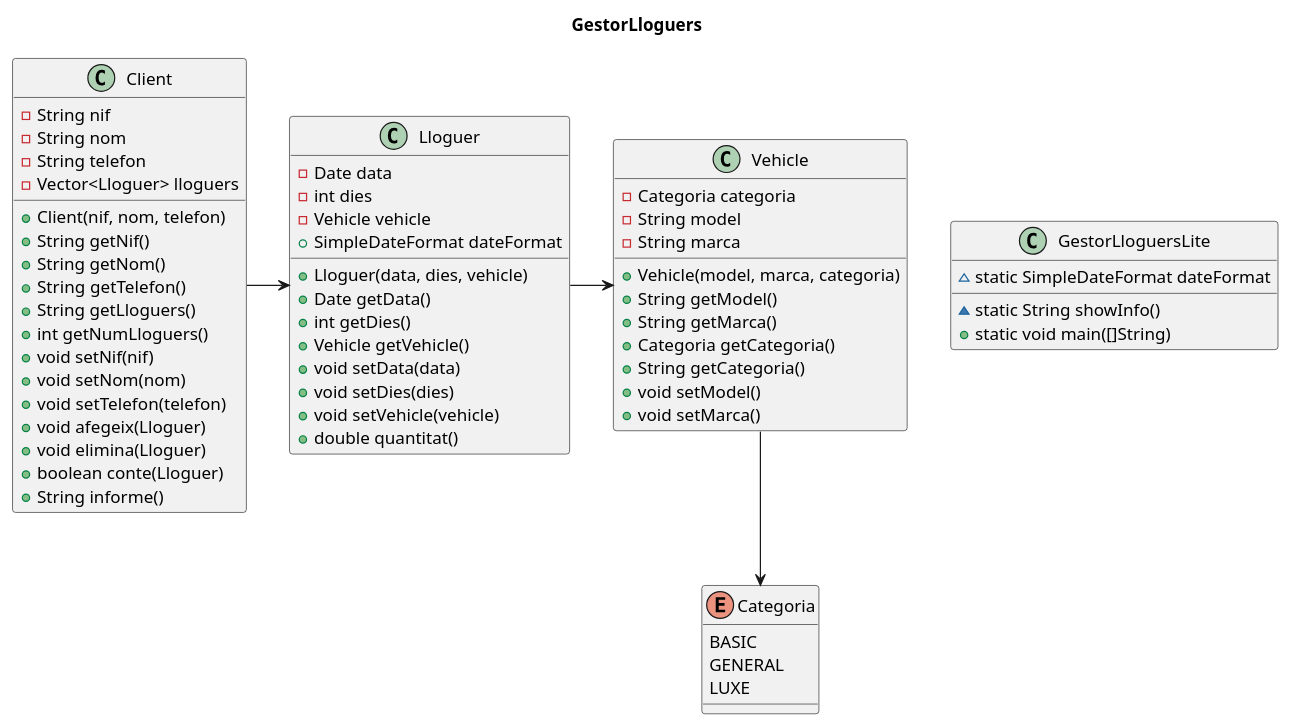
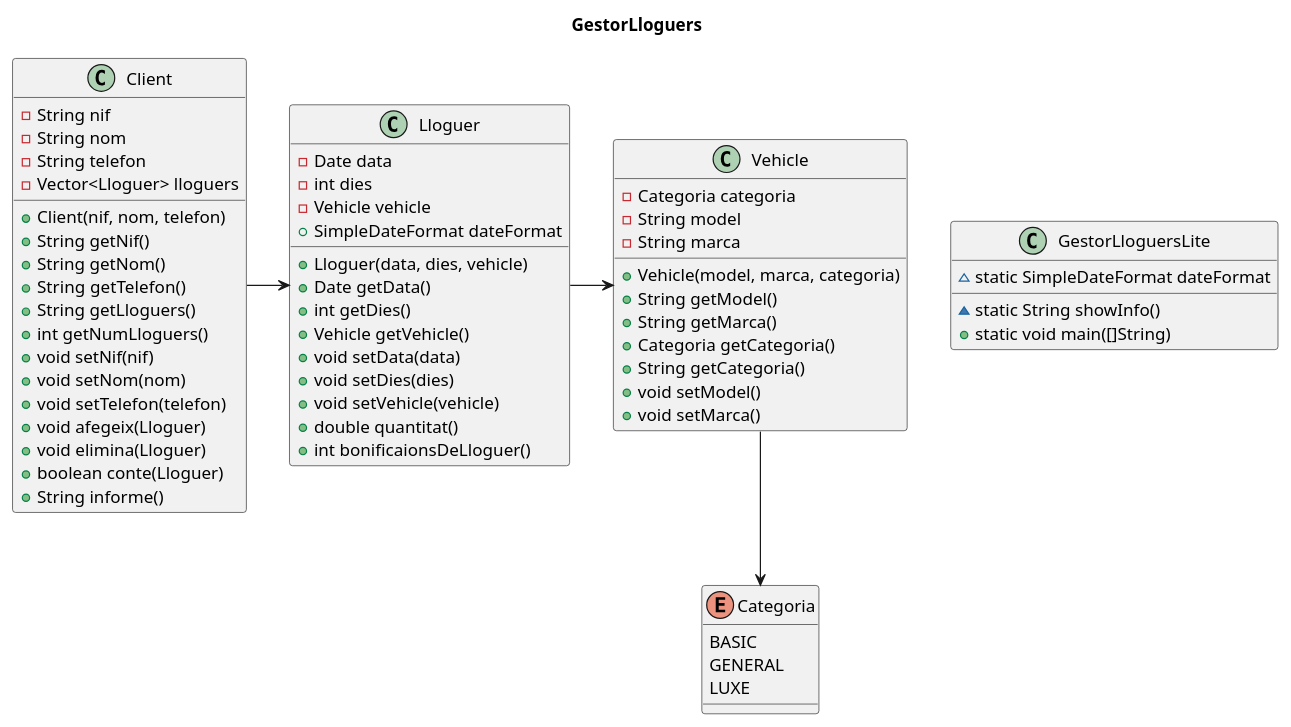
One commit to cf18alejandroquiroga/ExcercisiM5 changed the diagram in Exercicis/Doc/Exercici 9.puml. Above: the diagram before and after it, drawn with PlantUML. The commit also changed 1 other file, not shown here.

```diff
--- a/Exercicis/Doc/Exercici 9.puml
+++ b/Exercicis/Doc/Exercici 9.puml
@@ -1,66 +1,67 @@
 @startuml
 
 title GestorLloguers
 
 class Client{
     - String nif
     - String nom
     - String telefon
     - Vector<Lloguer> lloguers
     + Client(nif, nom, telefon)
     + String getNif()
     + String getNom()
     + String getTelefon()
     + String getLloguers()
     + int getNumLloguers()
     + void setNif(nif)
     + void setNom(nom)
     + void setTelefon(telefon)
     + void afegeix(Lloguer)
     + void elimina(Lloguer)
     + boolean conte(Lloguer)
     + String informe()
 
 }
 class Vehicle{
     - Categoria categoria
     - String model
     - String marca
     + Vehicle(model, marca, categoria)
     + String getModel()
     + String getMarca()
     + Categoria getCategoria()
     + String getCategoria()
     + void setModel()
     + void setMarca()
 }
 class Lloguer{
     - Date data
     - int dies
     - Vehicle vehicle
     + SimpleDateFormat dateFormat
     + Lloguer(data, dies, vehicle)
     + Date getData()
     + int getDies()
     + Vehicle getVehicle()
     + void setData(data)
     + void setDies(dies)
     + void setVehicle(vehicle)
     + double quantitat()
+    + int bonificaionsDeLloguer()
 }
 class GestorLloguersLite{
     ~ static SimpleDateFormat dateFormat
     ~ static String showInfo()
     + static void main([]String)
 }
 enum Categoria {
     BASIC
     GENERAL
     LUXE
 }
 
 Client -> Lloguer
 Lloguer -> Vehicle
 Vehicle --> Categoria
 
 @enduml
```
